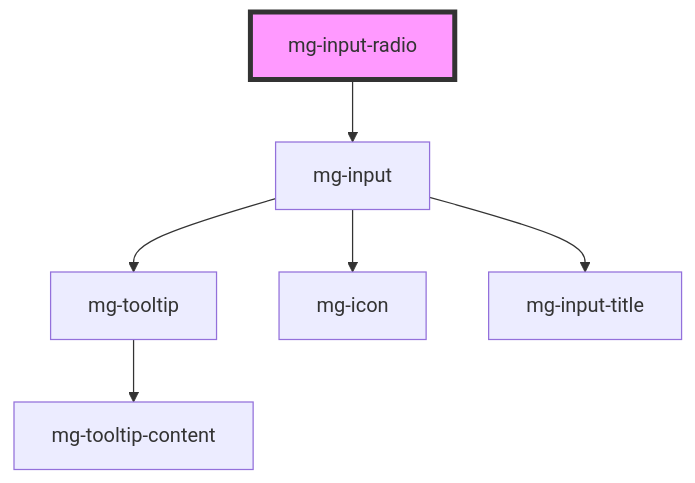
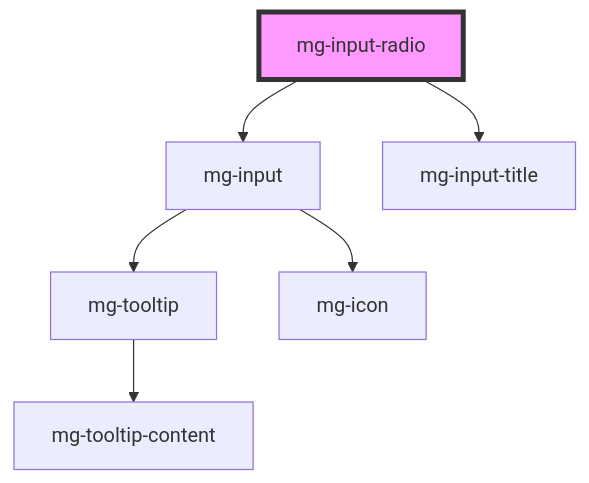
Before and after one commit to MGDIS/core-ui: the diagram in packages/mg-components/src/components/molecules/inputs/mg-input-radio/readme.md, drawn with Mermaid. The commit also changed other lines of this file and 50 other files, not shown here.

````diff
--- a/packages/mg-components/src/components/molecules/inputs/mg-input-radio/readme.md
+++ b/packages/mg-components/src/components/molecules/inputs/mg-input-radio/readme.md
@@ -95,9 +96,9 @@
 ```mermaid
 graph TD;
   mg-input-radio --> mg-input
+  mg-input-radio --> mg-input-title
   mg-input --> mg-tooltip
   mg-input --> mg-icon
-  mg-input --> mg-input-title
   mg-tooltip --> mg-tooltip-content
   style mg-input-radio fill:#f9f,stroke:#333,stroke-width:4px
 ```
````
